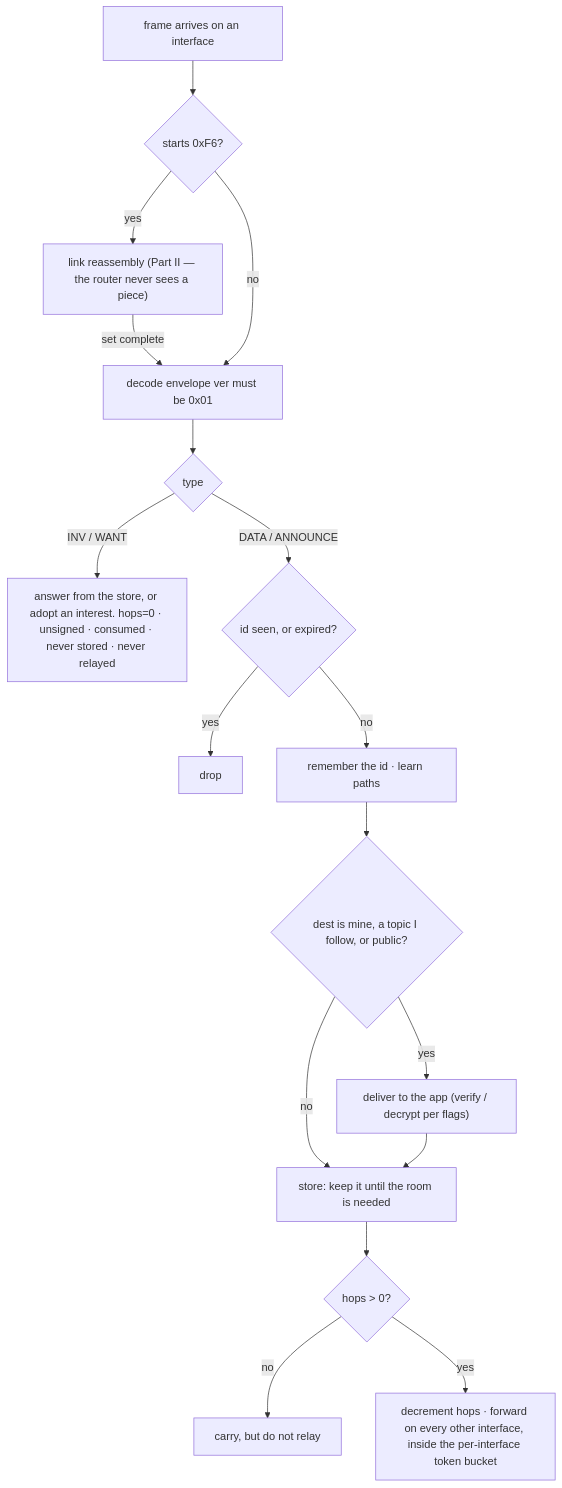
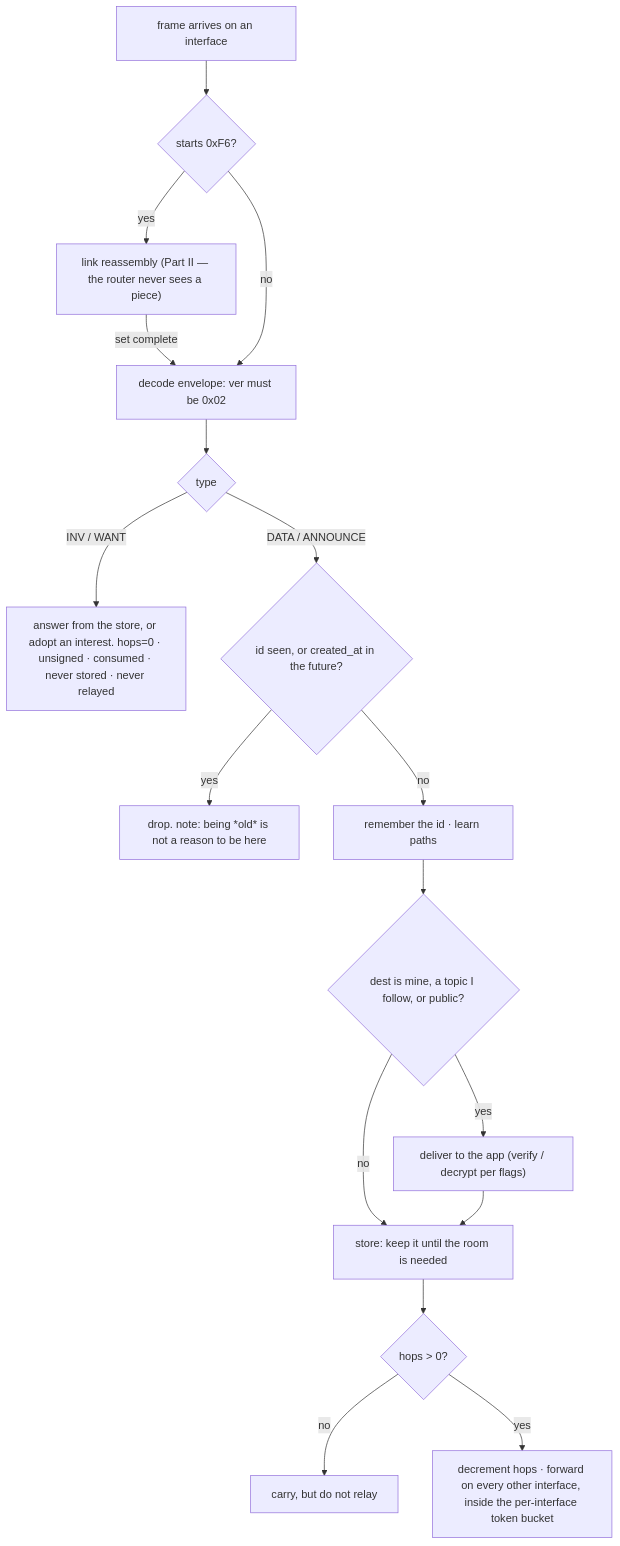
One commit to sloev/spore changed the fourth of 13 diagrams in docs/SPEC.md. Above: the diagram before and after it, drawn with Mermaid. The commit also changed other lines of this file and 3 other files, not shown here.

````diff
--- a/docs/SPEC.md
+++ b/docs/SPEC.md
@@ -250,19 +266,19 @@
 ```mermaid
 flowchart TB
   RX["frame arrives on an interface"] --> FRAG{"starts 0xF6?"}
   FRAG -->|yes| REASM["link reassembly (Part II — the router never sees a piece)"]
   REASM -->|"set complete"| DEC
-  FRAG -->|no| DEC["decode envelope ver must be 0x01"]
+  FRAG -->|no| DEC["decode envelope: ver must be 0x02"]
   DEC --> CTRL{"type"}
   CTRL -->|"INV / WANT"| CONSUME["answer from the store, or adopt an interest. hops=0 · unsigned · consumed · never stored · never relayed"]
-  CTRL -->|"DATA / ANNOUNCE"| SEEN{"id seen, or expired?"}
-  SEEN -->|yes| DROP["drop"]
+  CTRL -->|"DATA / ANNOUNCE"| SEEN{"id seen, or created_at in the future?"}
+  SEEN -->|yes| DROP["drop. note: being *old* is not a reason to be here"]
   SEEN -->|no| MARK["remember the id · learn paths"]
   MARK --> MINE{"dest is mine, a topic I follow, or public?"}
   MINE -->|yes| DELIVER["deliver to the app (verify / decrypt per flags)"]
   MINE -->|no| STORE
   DELIVER --> STORE["store: keep it until the room is needed"]
   STORE --> HOPS{"hops > 0?"}
   HOPS -->|no| STOP["carry, but do not relay"]
   HOPS -->|yes| FWD["decrement hops · forward on every other interface, inside the per-interface token bucket"]
 ```
````
